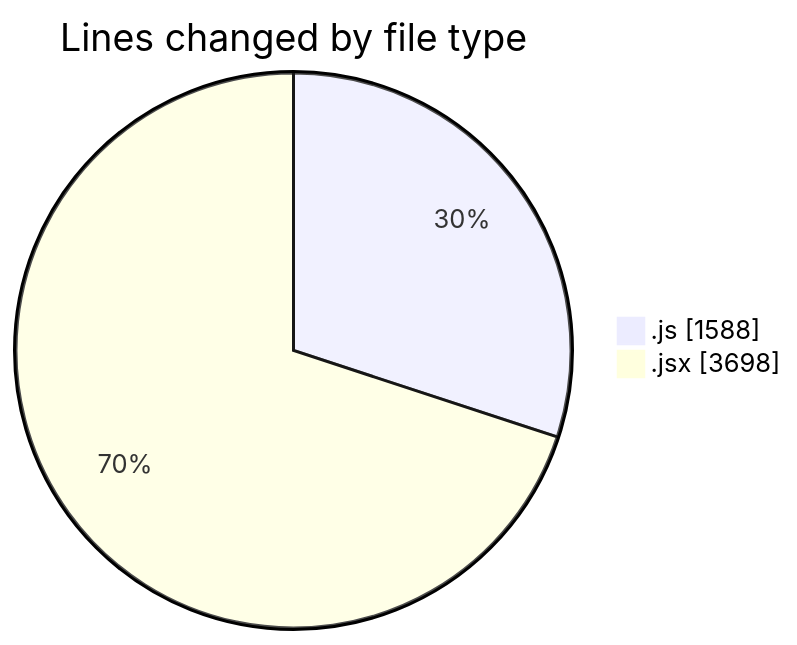
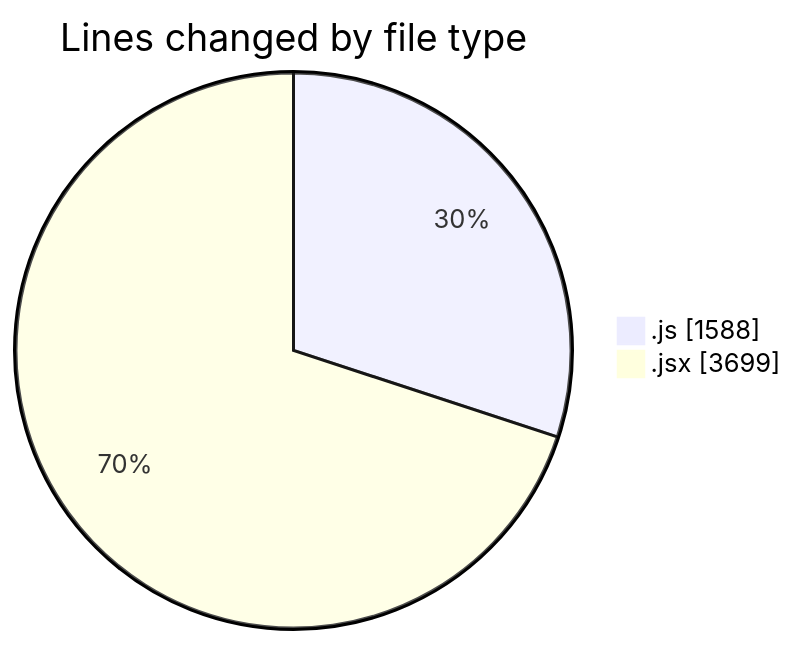
Before and after one commit to nxtqubesakshisongat/code-tracking: the first of 2 diagrams in 2026-01-15/nxtqube_webapp/README.md, drawn with Mermaid. The commit also changed other lines of this file and 1 other file, not shown here.

````diff
--- a/2026-01-15/nxtqube_webapp/README.md
+++ b/2026-01-15/nxtqube_webapp/README.md
@@ -25,6 +25,6 @@
 ```mermaid
 pie showData
 title Lines changed by file type
 ".js" : 1588
-".jsx" : 3698
+".jsx" : 3699
 ```
````
